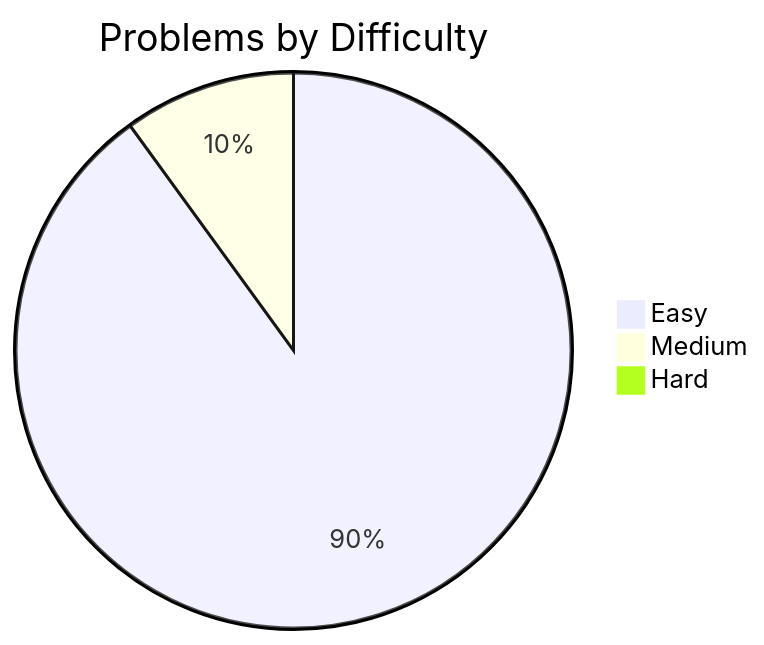
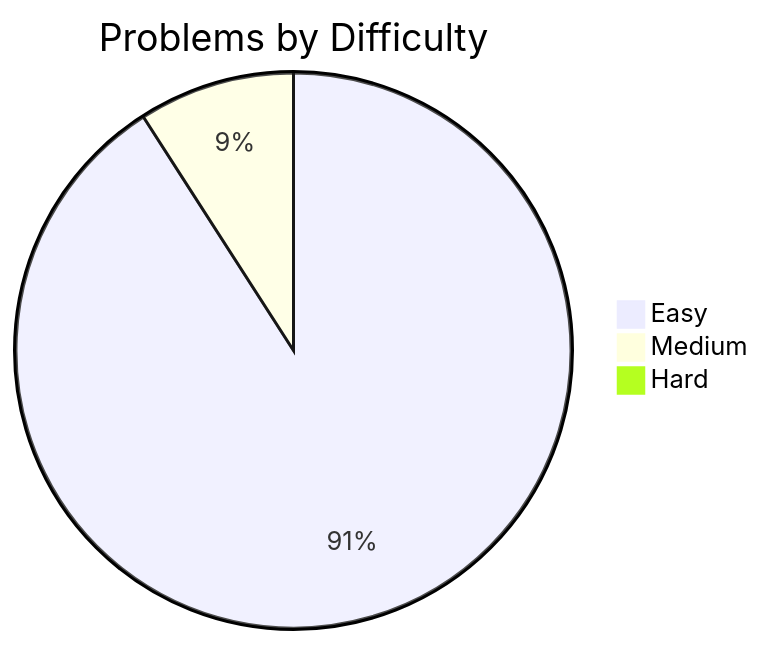
The diagram in README.md (davelin18yufan/leetcode-journal), drawn with Mermaid before and after one commit. The commit also changed other lines of this file and 1 other file, not shown here.

````diff
--- a/README.md
+++ b/README.md
@@ -9,7 +9,7 @@
 ```mermaid
 pie
     title Problems by Difficulty
-    "Easy" : 9
+    "Easy" : 10
     "Medium" : 1
     "Hard" : 0
 ```
````
